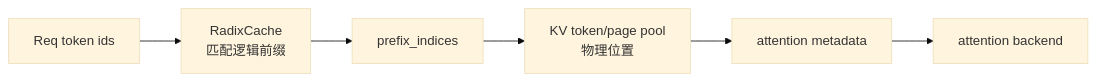
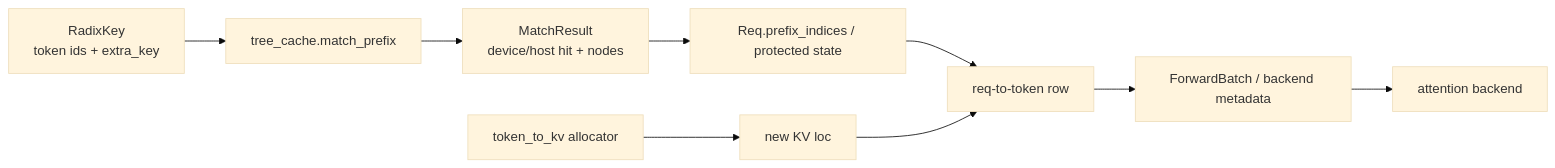
One commit to OnlyHero5/sglang-reading-vault changed the fifth of 6 diagrams in sglang_reading/导读与总览/SGLang-模块依赖图.md. Above: the diagram before and after it, drawn with Mermaid (base theme). The commit also changed other lines of this file and 512 other files, not shown here.

````diff
--- a/sglang_reading/导读与总览/SGLang-模块依赖图.md
+++ b/sglang_reading/导读与总览/SGLang-模块依赖图.md
@@ -86,8 +118,11 @@
 ```mermaid
 flowchart LR
-    REQ["Req token ids"] --> RADIX["RadixCache<br/>匹配逻辑前缀"]
-    RADIX --> IDX["prefix_indices"]
-    IDX --> POOL["KV token/page pool<br/>物理位置"]
-    POOL --> META["attention metadata"]
+    KEY["RadixKey<br/>token ids + extra_key"] --> RADIX["tree_cache.match_prefix"]
+    RADIX --> MATCH["MatchResult<br/>device/host hit + nodes"]
+    MATCH --> REQ["Req.prefix_indices / protected state"]
+    ALLOC["token_to_kv allocator"] --> NEW["new KV loc"]
+    REQ --> MAP["req-to-token row"]
+    NEW --> MAP
+    MAP --> META["ForwardBatch / backend metadata"]
     META --> ATTN["attention backend"]
 ```
````
